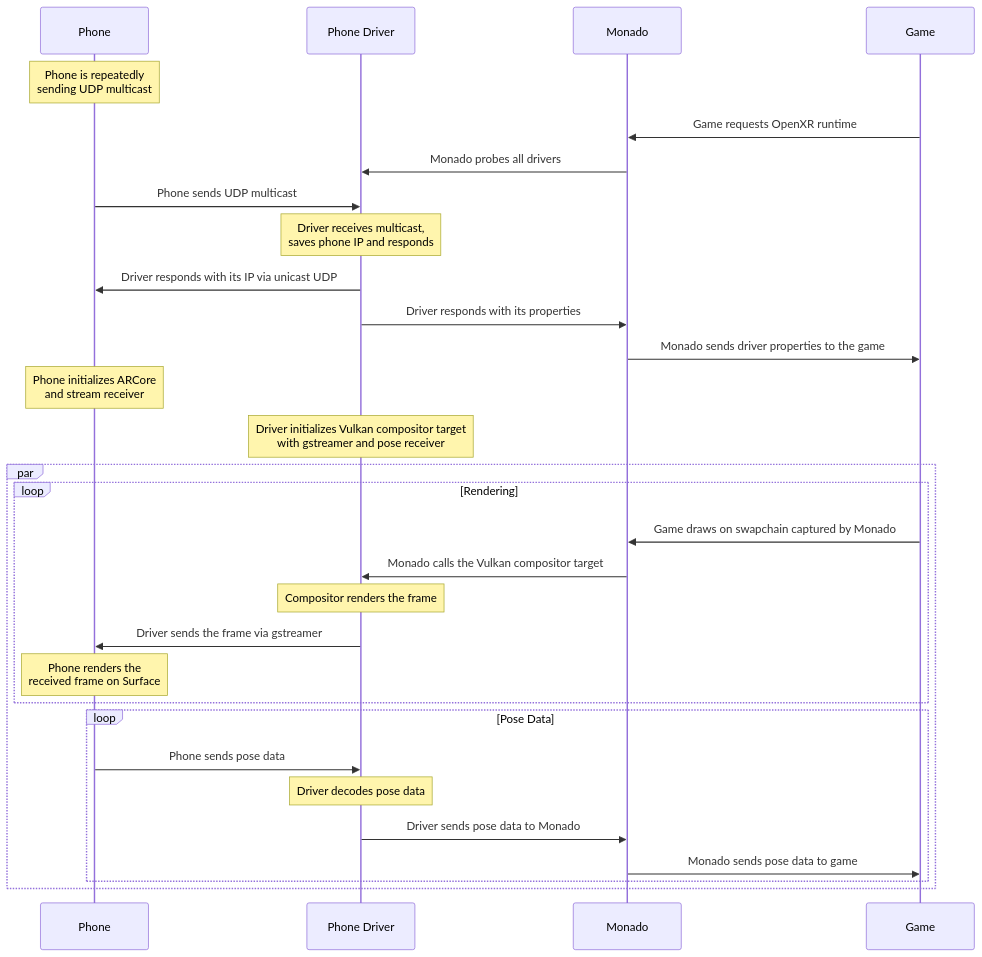
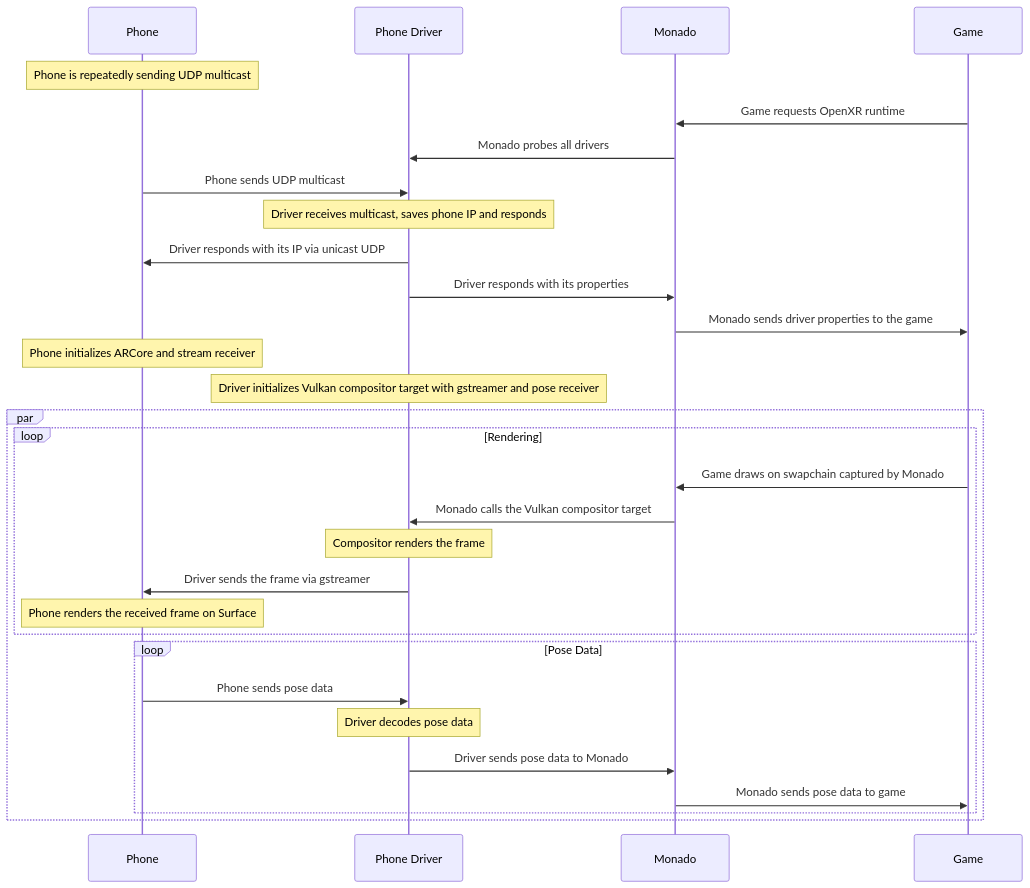
One commit to ttomf/monado-phone changed the diagram in README.md. Above: the diagram before and after it, drawn with Mermaid. The commit also changed other lines of this file, not shown here.

````diff
--- a/README.md
+++ b/README.md
@@ -64,34 +108,34 @@
 ```mermaid
 sequenceDiagram
   participant P as Phone
   participant D as Phone Driver
   participant M as Monado
   participant G as Game
 
-  Note over P: Phone is repeatedly<br/>sending UDP multicast
+  Note over P: Phone is repeatedly sending UDP multicast
   G->>M: Game requests OpenXR runtime
   M->>D: Monado probes all drivers
   P->>D: Phone sends UDP multicast
-  Note over D: Driver receives multicast,<br/>saves phone IP and responds
+  Note over D: Driver receives multicast, saves phone IP and responds
   D->>P: Driver responds with its IP via unicast UDP
   D->>M: Driver responds with its properties
   M->>G: Monado sends driver properties to the game
-  Note over P: Phone initializes ARCore<br/>and stream receiver
-  Note over D: Driver initializes Vulkan compositor target<br/>with gstreamer and pose receiver
+  Note over P: Phone initializes ARCore and stream receiver
+  Note over D: Driver initializes Vulkan compositor target with gstreamer and pose receiver
 
-  par 
+  par
     loop Rendering
       G->>M: Game draws on swapchain captured by Monado
       M->>D: Monado calls the Vulkan compositor target
       Note over D: Compositor renders the frame
       D->>P: Driver sends the frame via gstreamer
-      Note over P: Phone renders the<br/>received frame on Surface
+      Note over P: Phone renders the received frame on Surface
     end
     loop Pose Data
       P->>D: Phone sends pose data
       Note over D: Driver decodes pose data
       D->>M: Driver sends pose data to Monado
       M->>G: Monado sends pose data to game
     end
   end
 ```
````
